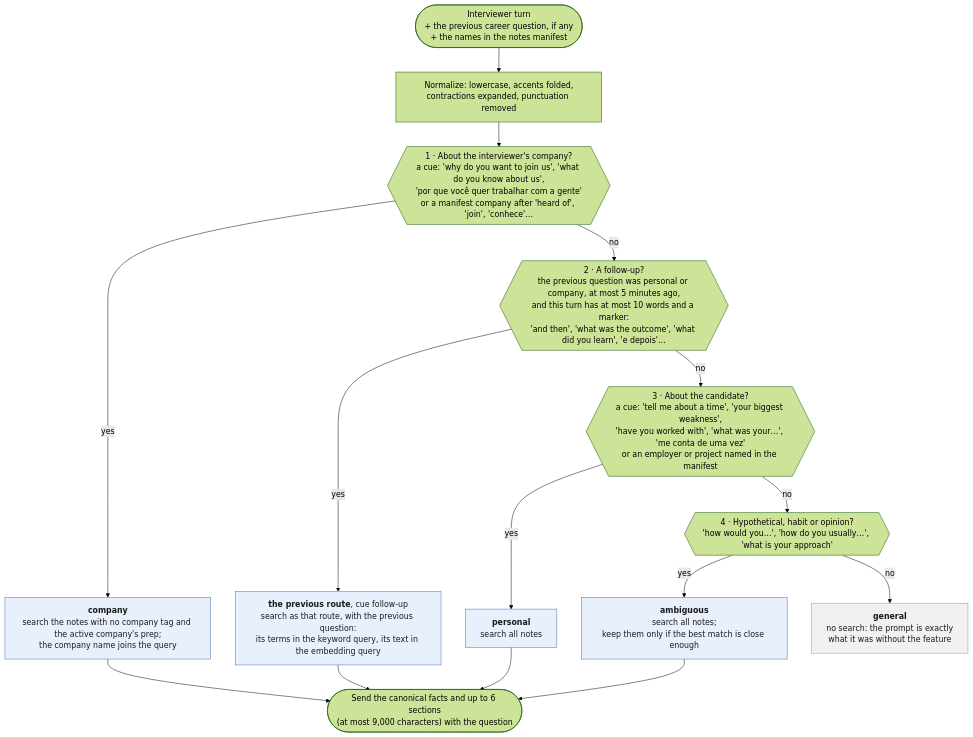
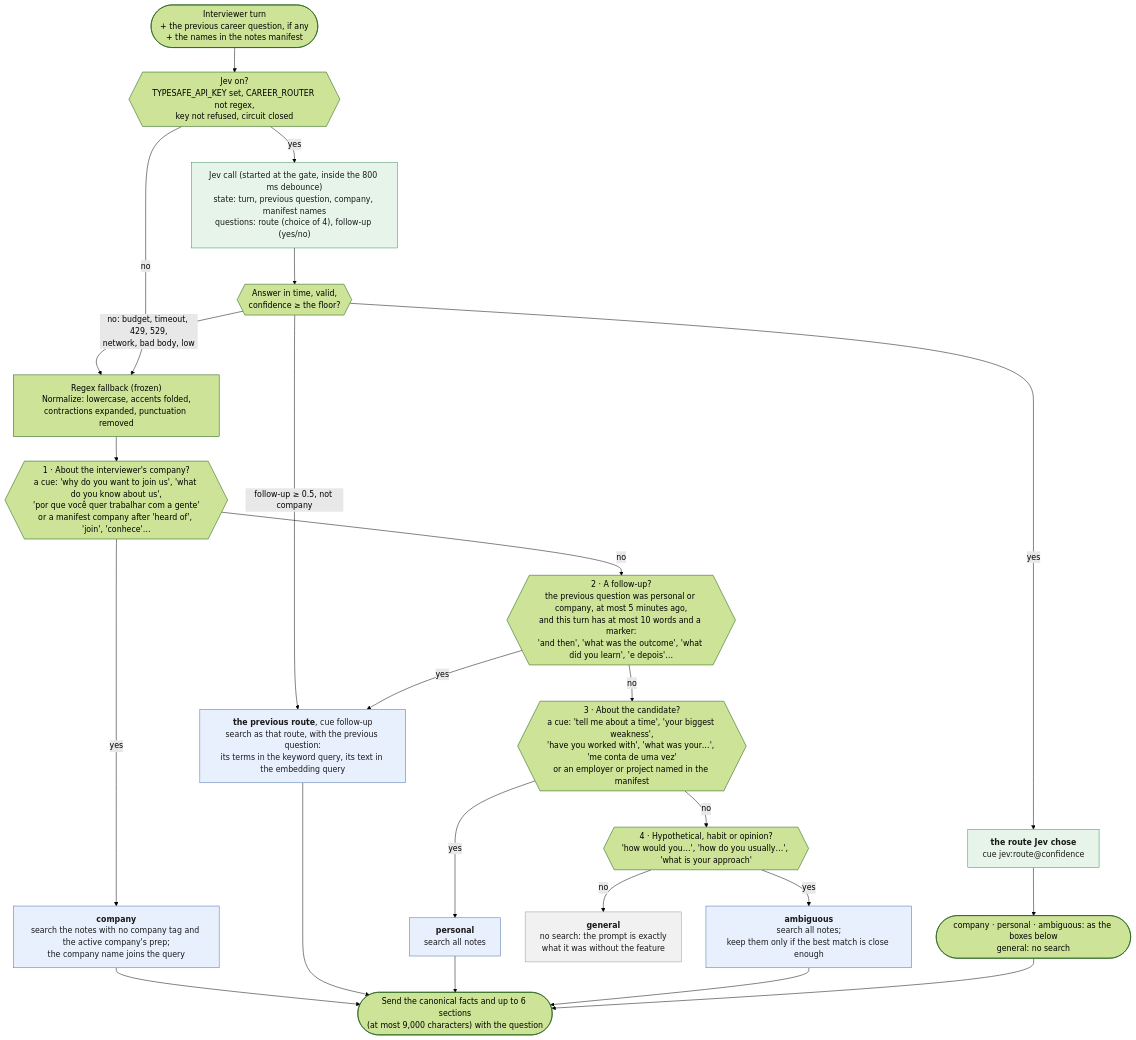
One commit to tas88-sys/glass changed the diagram in docs/diagrams/14-career-intent-router.mmd. Above: the diagram before and after it, drawn with Mermaid (forest theme). The commit also changed 24 other files, not shown here.

First line of the commit message:
route career turns with Jev, keeping the regex router as a frozen fallback

```diff
--- a/docs/diagrams/14-career-intent-router.mmd
+++ b/docs/diagrams/14-career-intent-router.mmd
@@ -1,31 +1,45 @@
 %% 14 - Career context: the intent router (Live Answer)
-%% Source: src/features/common/career/intentRouter.js (classifyCareerIntent) and
-%% index.js (what each route does). Pure and deterministic: no LLM call, no file
-%% reads. The checks run in this order and the first match wins.
+%% Source: src/features/common/career/jevRouter.js (Jev, spec 2026-10-13),
+%% intentRouter.js (classifyCareerIntent, the frozen regex fallback) and
+%% index.js (what each route does). Jev decides when it can; otherwise the
+%% regex checks run in this order and the first match wins.
 %%{init: {"flowchart": {"wrappingWidth": 360}}}%%
 flowchart TB
     turn(["Interviewer turn<br/>+ the previous career question, if any<br/>+ the names in the notes manifest"])
-    turn --> norm["Normalize: lowercase, accents folded,<br/>contractions expanded, punctuation removed"]
+
+    turn --> j0{{"Jev on?<br/>TYPESAFE_API_KEY set, CAREER_ROUTER not regex,<br/>key not refused, circuit closed"}}
+    j0 -- yes --> j1["Jev call (started at the gate, inside the 800 ms debounce)<br/>state: turn, previous question, company, manifest names<br/>questions: route (choice of 4), follow-up (yes/no)"]
+    j1 --> j2{{"Answer in time, valid,<br/>confidence ≥ the floor?"}}
+    j2 -- "follow-up ≥ 0.5, not company" --> F
+    j2 -- yes --> J["<b>the route Jev chose</b><br/>cue jev:route@confidence"]
+    j2 -- "no: budget, timeout, 429, 529,<br/>network, bad body, low" --> norm
+    j0 -- no --> norm
+
+    norm["Regex fallback (frozen)<br/>Normalize: lowercase, accents folded,<br/>contractions expanded, punctuation removed"]
 
     norm --> c1{{"1 · About the interviewer's company?<br/>a cue: 'why do you want to join us', 'what do you know about us',<br/>'por que você quer trabalhar com a gente'<br/>or a manifest company after 'heard of', 'join', 'conhece'…"}}
     c1 -- yes --> C["<b>company</b><br/>search the notes with no company tag and the active company's prep;<br/>the company name joins the query"]
 
     c1 -- no --> f1{{"2 · A follow-up?<br/>the previous question was personal or company, at most 5 minutes ago,<br/>and this turn has at most 10 words and a marker:<br/>'and then', 'what was the outcome', 'what did you learn', 'e depois'…"}}
     f1 -- yes --> F["<b>the previous route</b>, cue follow-up<br/>search as that route, with the previous question:<br/>its terms in the keyword query, its text in the embedding query"]
 
     f1 -- no --> p1{{"3 · About the candidate?<br/>a cue: 'tell me about a time', 'your biggest weakness',<br/>'have you worked with', 'what was your…', 'me conta de uma vez'<br/>or an employer or project named in the manifest"}}
     p1 -- yes --> P["<b>personal</b><br/>search all notes"]
 
     p1 -- no --> a1{{"4 · Hypothetical, habit or opinion?<br/>'how would you…', 'how do you usually…', 'what is your approach'"}}
     a1 -- yes --> A["<b>ambiguous</b><br/>search all notes;<br/>keep them only if the best match is close enough"]
     a1 -- no --> G["<b>general</b><br/>no search: the prompt is exactly<br/>what it was without the feature"]
 
+    J --> routes(["company · personal · ambiguous: as the boxes below<br/>general: no search"])
     C --> send(["Send the canonical facts and up to 6 sections<br/>(at most 9,000 characters) with the question"])
     F --> send
     P --> send
     A --> send
+    routes --> send
 
     classDef route fill:#e8f0fe,stroke:#4a6fa5,color:#1a1a1a
     classDef none fill:#f1f1f1,stroke:#999,color:#1a1a1a
+    classDef jev fill:#e6f4ea,stroke:#3c8d5a,color:#1a1a1a
     class C,F,P,A route
     class G none
+    class j1,J jev
```
